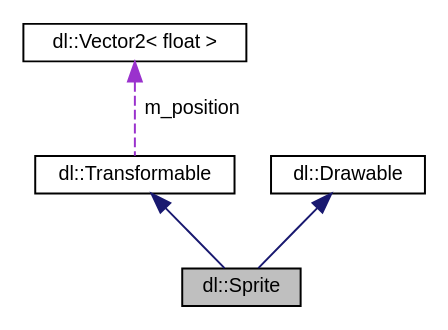
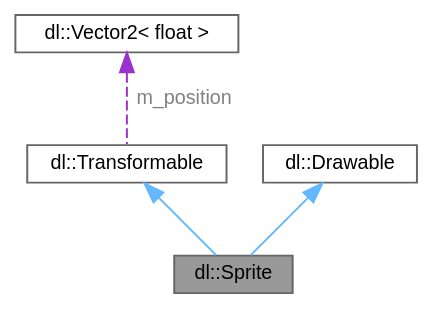
The diagram in docs/classdl_1_1Sprite__coll__graph.dot (Dogbonee/Dualie), drawn with Graphviz before and after one commit. The commit also changed 198 other files, not shown here.

```diff
--- a/docs/classdl_1_1Sprite__coll__graph.dot
+++ b/docs/classdl_1_1Sprite__coll__graph.dot
@@ -1,13 +1,14 @@
 digraph "dl::Sprite"
 {
  // LATEX_PDF_SIZE
-  edge [fontname="Helvetica",fontsize="10",labelfontname="Helvetica",labelfontsize="10"];
-  node [fontname="Helvetica",fontsize="10",shape=record];
-  Node1 [label="dl::Sprite",height=0.2,width=0.4,color="black", fillcolor="grey75", style="filled", fontcolor="black",tooltip="A class used to handle the drawing and transformation of sprites."];
-  Node2 -> Node1 [dir="back",color="midnightblue",fontsize="10",style="solid",fontname="Helvetica"];
-  Node2 [label="dl::Transformable",height=0.2,width=0.4,color="black", fillcolor="white", style="filled",URL="$classdl_1_1Transformable.html",tooltip="A base class for anything that has a position on the screen."];
-  Node3 -> Node2 [dir="back",color="darkorchid3",fontsize="10",style="dashed",label=" m_position" ,fontname="Helvetica"];
-  Node3 [label="dl::Vector2\< float \>",height=0.2,width=0.4,color="black", fillcolor="white", style="filled",URL="$classdl_1_1Vector2.html",tooltip=" "];
-  Node4 -> Node1 [dir="back",color="midnightblue",fontsize="10",style="solid",fontname="Helvetica"];
-  Node4 [label="dl::Drawable",height=0.2,width=0.4,color="black", fillcolor="white", style="filled",URL="$classdl_1_1Drawable.html",tooltip="The base class for any object that can be drawn to the screen."];
+  bgcolor="transparent";
+  edge [fontname=Helvetica,fontsize=10,labelfontname=Helvetica,labelfontsize=10];
+  node [fontname=Helvetica,fontsize=10,shape=box,height=0.2,width=0.4];
+  Node1 [id="Node000001",label="dl::Sprite",height=0.2,width=0.4,color="gray40", fillcolor="grey60", style="filled", fontcolor="black",tooltip="A class used to handle the drawing and transformation of sprites."];
+  Node2 -> Node1 [id="edge1_Node000001_Node000002",dir="back",color="steelblue1",style="solid",tooltip=" "];
+  Node2 [id="Node000002",label="dl::Transformable",height=0.2,width=0.4,color="gray40", fillcolor="white", style="filled",URL="$classdl_1_1Transformable.html",tooltip="A base class for anything that has a position on the screen."];
+  Node3 -> Node2 [id="edge2_Node000002_Node000003",dir="back",color="darkorchid3",style="dashed",tooltip=" ",label=" m_position",fontcolor="grey" ];
+  Node3 [id="Node000003",label="dl::Vector2\< float \>",height=0.2,width=0.4,color="gray40", fillcolor="white", style="filled",URL="$classdl_1_1Vector2.html",tooltip=" "];
+  Node4 -> Node1 [id="edge3_Node000001_Node000004",dir="back",color="steelblue1",style="solid",tooltip=" "];
+  Node4 [id="Node000004",label="dl::Drawable",height=0.2,width=0.4,color="gray40", fillcolor="white", style="filled",URL="$classdl_1_1Drawable.html",tooltip="The base class for any object that can be drawn to the screen."];
 }
```
